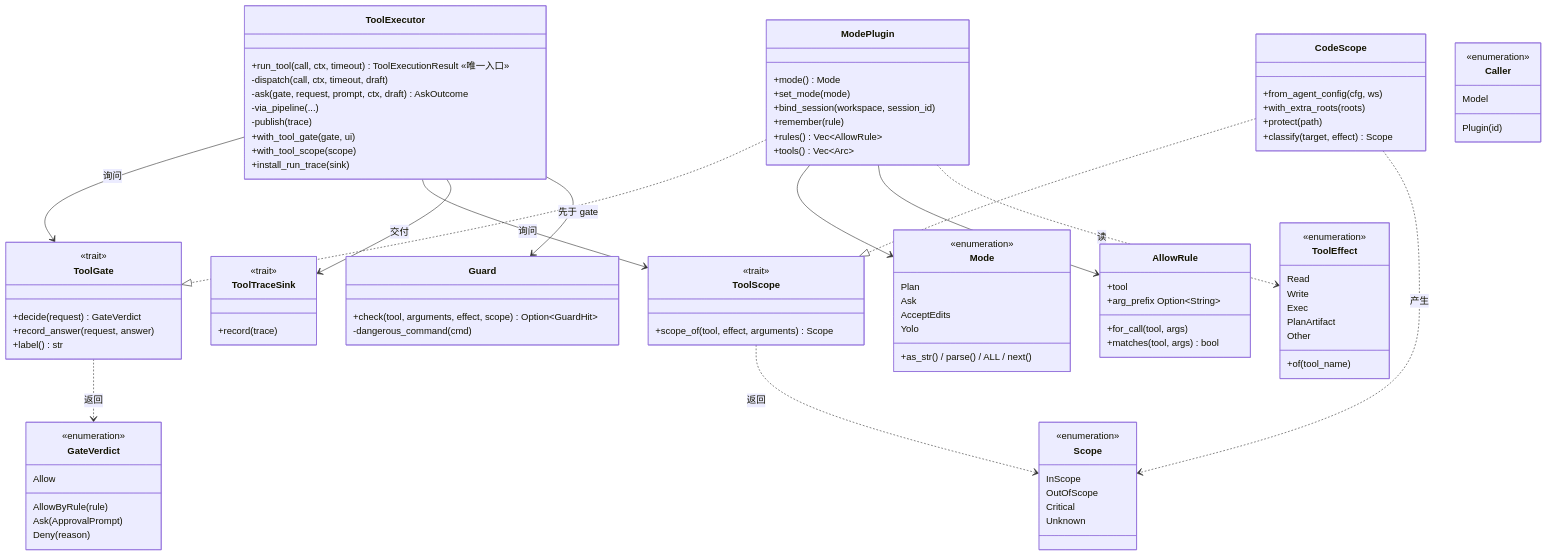
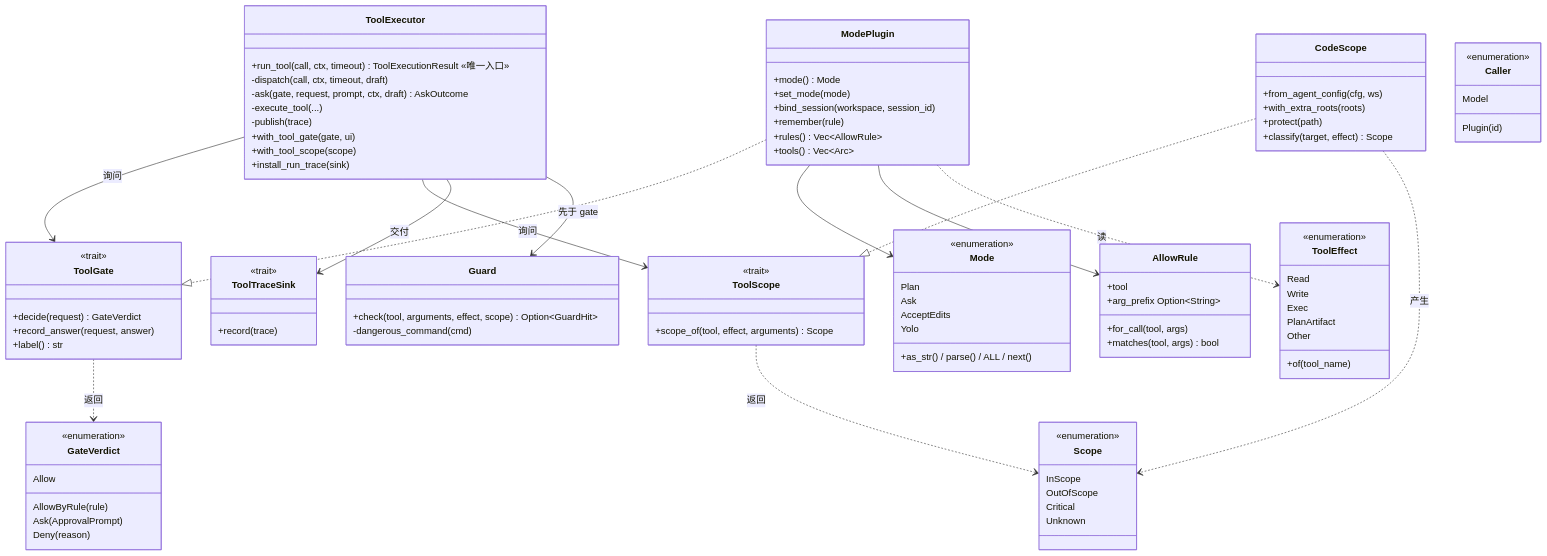
One commit to lucacicii/thunder changed the sixth of 6 diagrams in docs/permission-structure.md. Above: the diagram before and after it, drawn with Mermaid. The commit also changed other lines of this file and 24 other files, not shown here.

```diff
--- a/docs/permission-structure.md
+++ b/docs/permission-structure.md
@@ -429,7 +429,7 @@
         +run_tool(call, ctx, timeout) ToolExecutionResult  «唯一入口»
         -dispatch(call, ctx, timeout, draft)
         -ask(gate, request, prompt, ctx, draft) AskOutcome
-        -via_pipeline(...)
+        -execute_tool(...)
         -publish(trace)
         +with_tool_gate(gate, ui)
         +with_tool_scope(scope)
```
